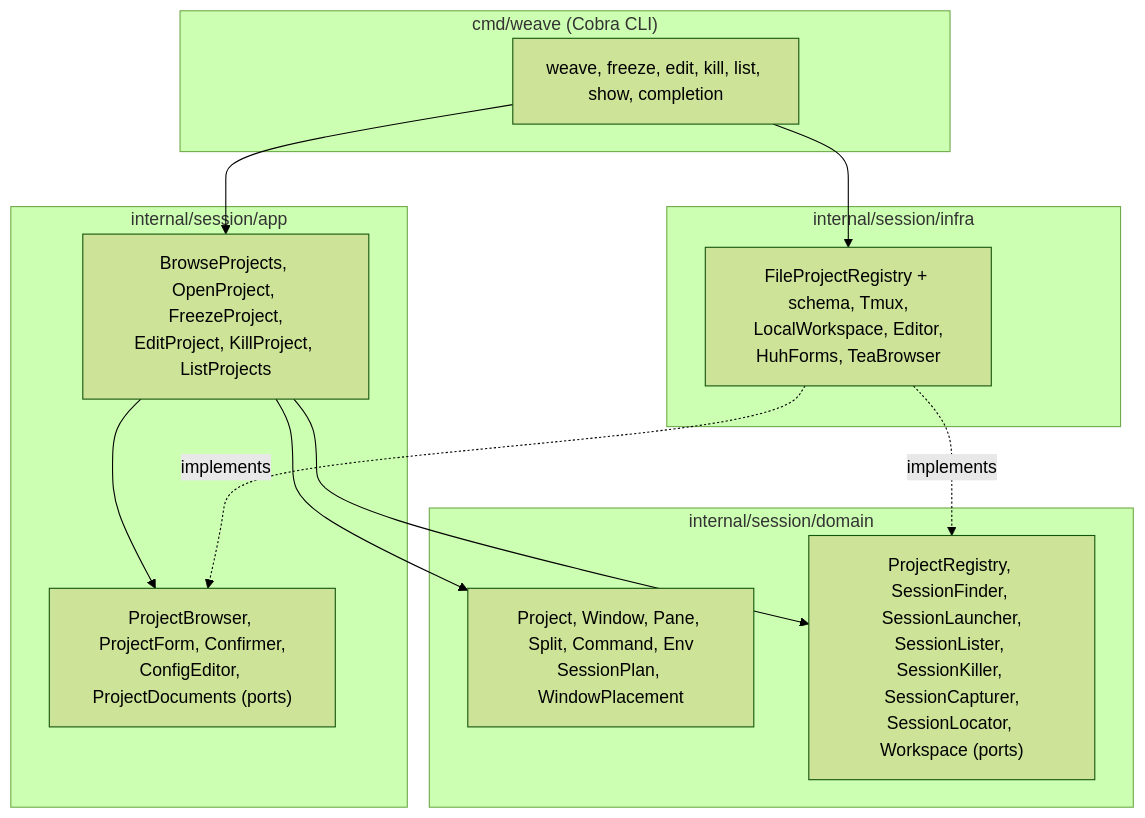
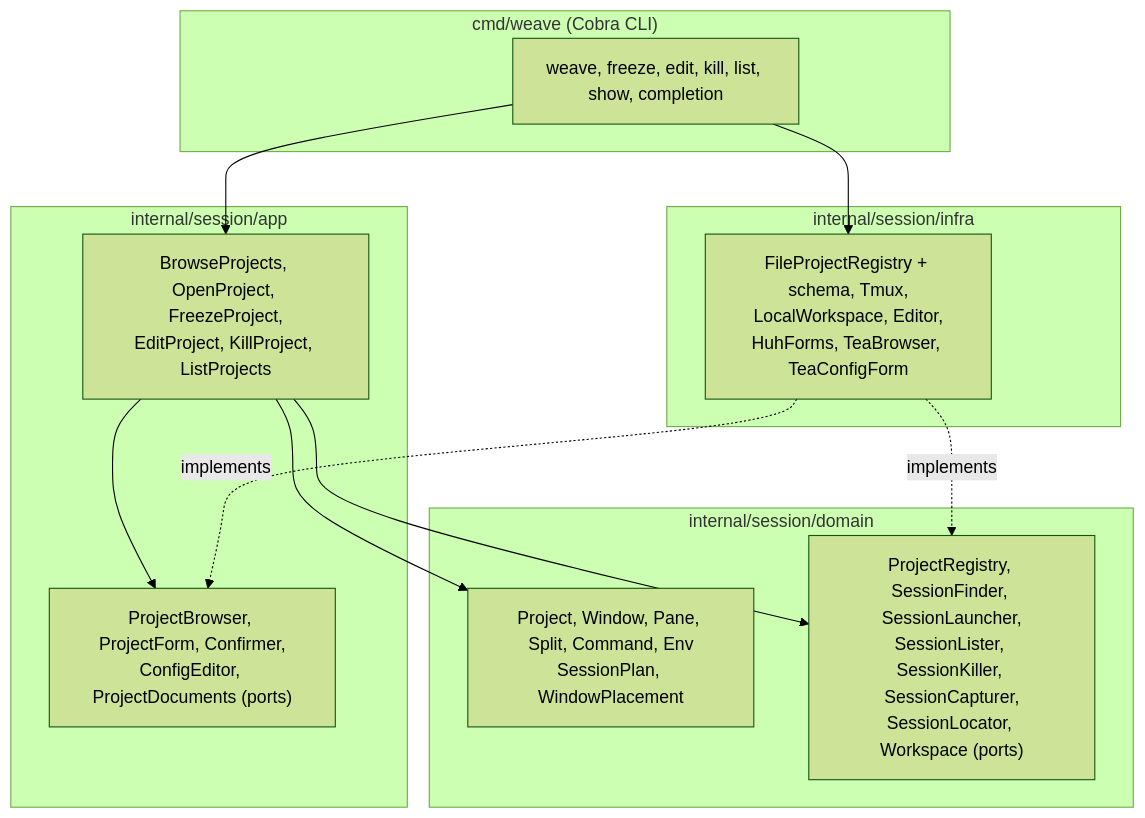
Before and after one commit to medilies/weaver: the diagram in README.md, drawn with Mermaid (forest theme). The commit also changed other lines of this file and 23 other files, not shown here.

Commit message:
feat(edit): change a project in the config form

````diff
--- a/README.md
+++ b/README.md
@@ -274,25 +297,25 @@
 ```mermaid
 graph TD
     subgraph cmd["cmd/weave (Cobra CLI)"]
         CLI["weave, freeze, edit, kill, list, show, completion"]
     end
     subgraph app["internal/session/app"]
         UC["BrowseProjects, OpenProject, FreezeProject,<br/>EditProject, KillProject, ListProjects"]
         AP["ProjectBrowser, ProjectForm, Confirmer,<br/>ConfigEditor, ProjectDocuments (ports)"]
     end
     subgraph domain["internal/session/domain"]
         M["Project, Window, Pane, Split, Command, Env<br/>SessionPlan, WindowPlacement"]
         DP["ProjectRegistry, SessionFinder, SessionLauncher,<br/>SessionLister, SessionKiller, SessionCapturer,<br/>SessionLocator, Workspace (ports)"]
     end
     subgraph infra["internal/session/infra"]
-        A["FileProjectRegistry + schema, Tmux,<br/>LocalWorkspace, Editor,<br/>HuhForms, TeaBrowser"]
+        A["FileProjectRegistry + schema, Tmux,<br/>LocalWorkspace, Editor,<br/>HuhForms, TeaBrowser, TeaConfigForm"]
     end
 
     CLI --> UC
     CLI --> A
     UC --> M
     UC --> DP
     UC --> AP
     A -.implements.-> DP
     A -.implements.-> AP
 ```
````
